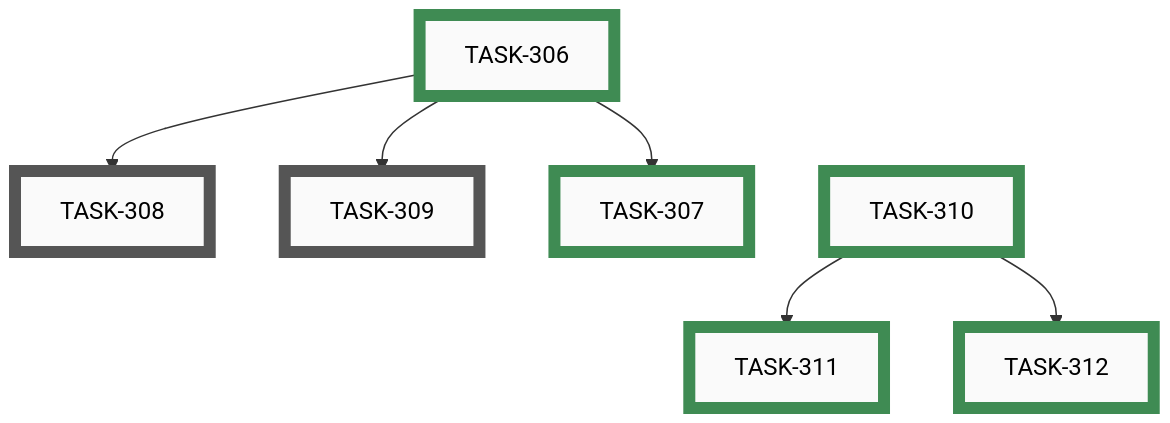
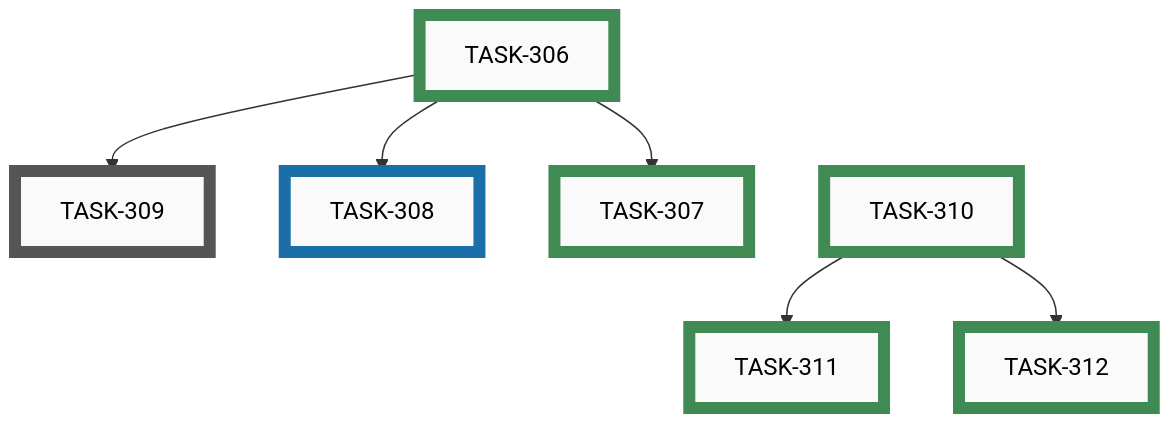
Before and after one commit to tgd1975/AwesomeStudioPedal: the fifth of 7 diagrams in docs/developers/tasks/EPICS.md, drawn with Mermaid. The commit also changed other lines of this file and 9 other files, not shown here.

First line of the commit message:
TASK-308: config builder support for independentActions

````diff
--- a/docs/developers/tasks/EPICS.md
+++ b/docs/developers/tasks/EPICS.md
@@ -161,31 +162,31 @@
 ```mermaid
 graph TD
-    TASK_308["TASK-308"]:::open
     TASK_309["TASK-309"]:::open
+    TASK_308["TASK-308"]:::active
     TASK_306["TASK-306"]:::closed
     TASK_307["TASK-307"]:::closed
     TASK_310["TASK-310"]:::closed
     TASK_311["TASK-311"]:::closed
     TASK_312["TASK-312"]:::closed
+    TASK_306 --> TASK_309
     TASK_306 --> TASK_308
-    TASK_306 --> TASK_309
     TASK_306 --> TASK_307
     TASK_310 --> TASK_311
     TASK_310 --> TASK_312
     TASK_306 ~~~ TASK_310
-    click TASK_308 "open/task-308-profile-independent-actions-config-builder.md"
     click TASK_309 "open/task-309-profile-independent-actions-flutter-app.md"
+    click TASK_308 "active/task-308-profile-independent-actions-config-builder.md"
     click TASK_306 "closed/task-306-profile-independent-actions-firmware.md"
     click TASK_307 "closed/task-307-profile-independent-actions-simulator.md"
     click TASK_310 "closed/task-310-configurable-ble-device-name-firmware.md"
     click TASK_311 "closed/task-311-configurable-ble-device-name-config-builder.md"
     click TASK_312 "closed/task-312-configurable-ble-device-name-flutter-app.md"
     classDef open    fill:#FAFAFA,stroke:#555,stroke-width:8px,color:#000
     classDef active  fill:#FAFAFA,stroke:#1A6FA8,stroke-width:8px,color:#000
     classDef closed  fill:#FAFAFA,stroke:#3F8B53,stroke-width:8px,color:#000
     classDef paused  fill:#FAFAFA,stroke:#B07810,stroke-width:8px,color:#000
     classDef openExt    fill:#000,stroke:#888,stroke-width:8px,color:#FFF
     classDef activeExt  fill:#000,stroke:#3FA9F5,stroke-width:8px,color:#FFF
     classDef closedExt  fill:#000,stroke:#7CC68A,stroke-width:8px,color:#FFF
     classDef pausedExt  fill:#000,stroke:#F0B030,stroke-width:8px,color:#FFF
 ```
````
